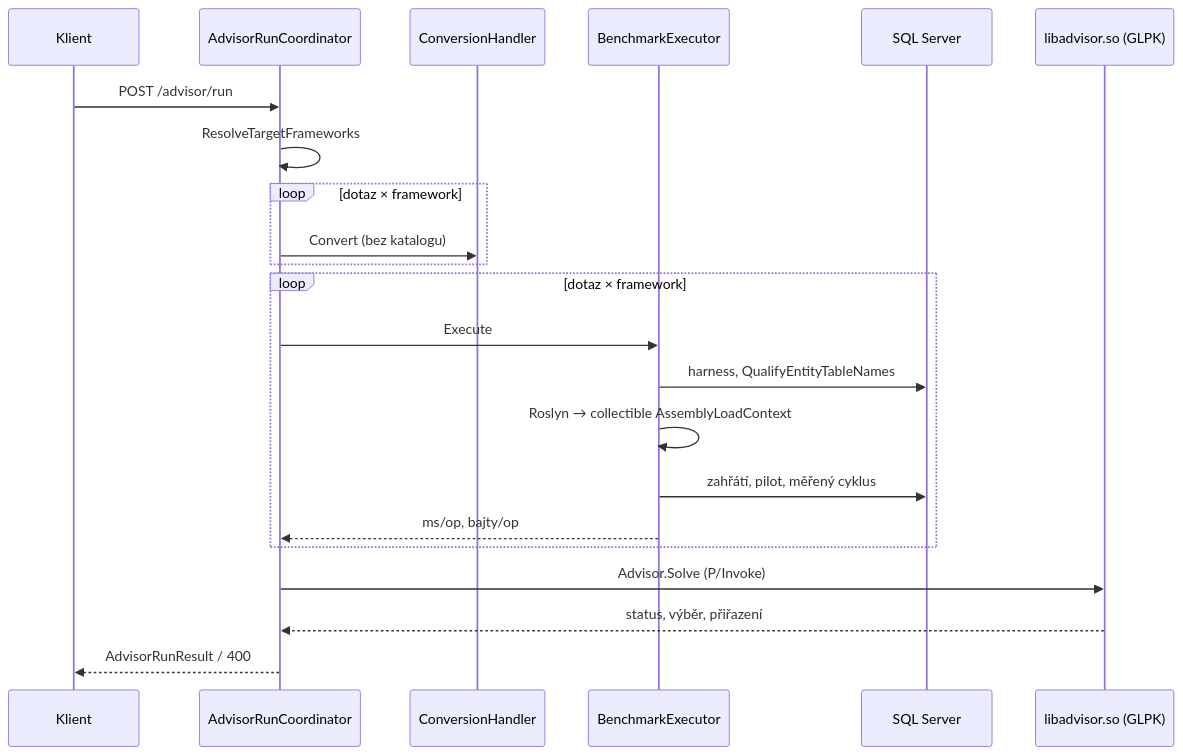
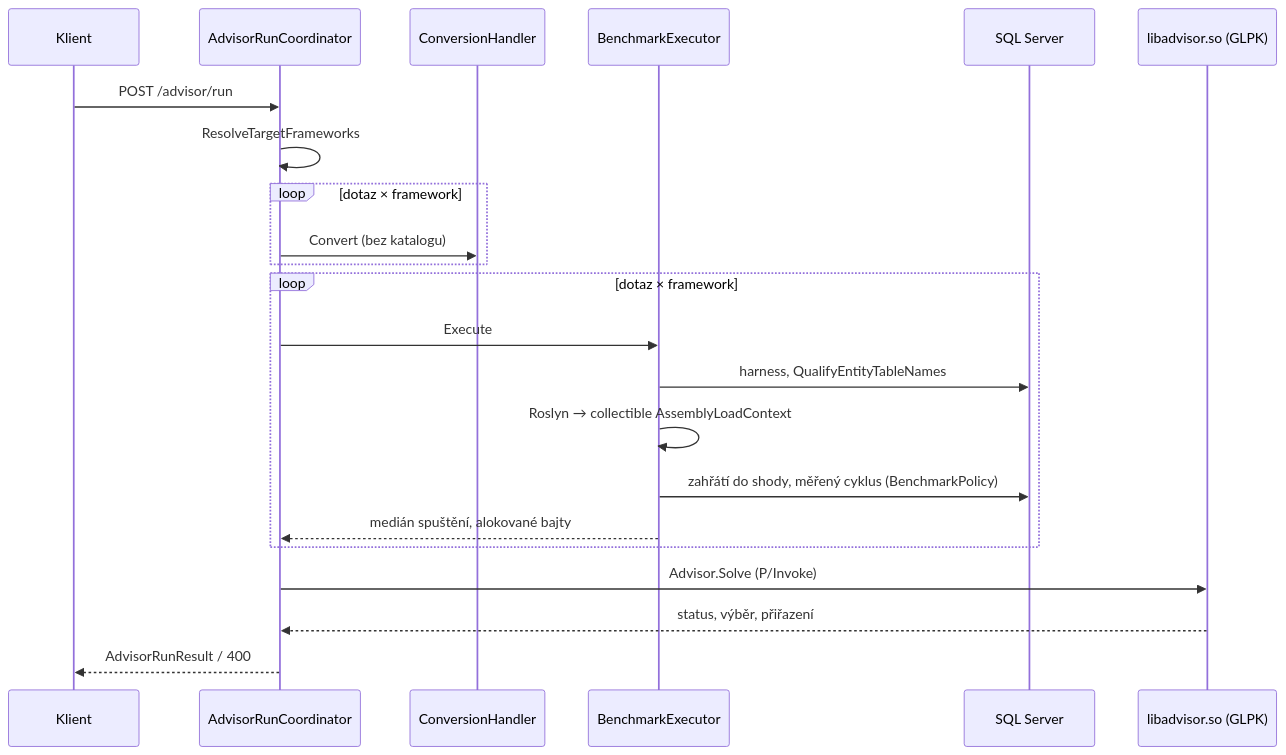
Before and after one commit to MiraStochel/orm-convertor: diagram 18 of 18 in docs/architecture.md, drawn with Mermaid. The commit also changed other lines of this file and 66 other files, not shown here.

````diff
--- a/docs/architecture.md
+++ b/docs/architecture.md
@@ -1228,24 +1229,24 @@
 ```mermaid
 sequenceDiagram
   participant K as Klient
   participant C as AdvisorRunCoordinator
   participant H as ConversionHandler
   participant B as BenchmarkExecutor
   participant DB as SQL Server
   participant G as libadvisor.so (GLPK)
   K->>C: POST /advisor/run
   C->>C: ResolveTargetFrameworks
   loop dotaz × framework
     C->>H: Convert (bez katalogu)
   end
   loop dotaz × framework
     C->>B: Execute
     B->>DB: harness, QualifyEntityTableNames
     B->>B: Roslyn → collectible AssemblyLoadContext
-    B->>DB: zahřátí, pilot, měřený cyklus
-    B-->>C: ms/op, bajty/op
+    B->>DB: zahřátí do shody, měřený cyklus (BenchmarkPolicy)
+    B-->>C: medián spuštění, alokované bajty
   end
   C->>G: Advisor.Solve (P/Invoke)
   G-->>C: status, výběr, přiřazení
   C-->>K: AdvisorRunResult / 400
 ```
````
